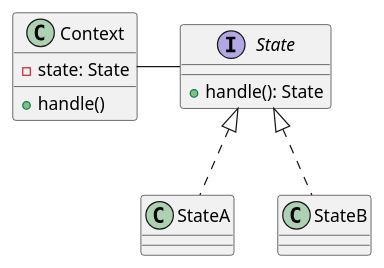
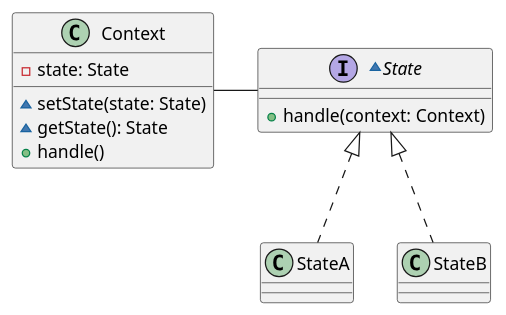
One commit to mengxianbin/cs-notes changed the diagram in Design/Design Patterns/Behavioral Patterns/State.md. Above: the diagram before and after it, drawn with PlantUML.

Commit message:
fix(design): state pattern

````diff
--- a/Design/Design Patterns/Behavioral Patterns/State.md
+++ b/Design/Design Patterns/Behavioral Patterns/State.md
@@ -1,26 +1,28 @@
 ```puml
 @startuml
 
 class Context {
     - state: State
+    ~ setState(state: State)
+    ~ getState(): State
     + handle()
 }
 
-interface State {
-    + handle(): State
+~interface State {
+    + handle(context: Context)
 }
 
 class StateA {
 
 }
 
 class StateB {
 
 }
 
 Context - State
 State <|.. StateA
 State <|.. StateB
 
 @enduml
 ```
````
